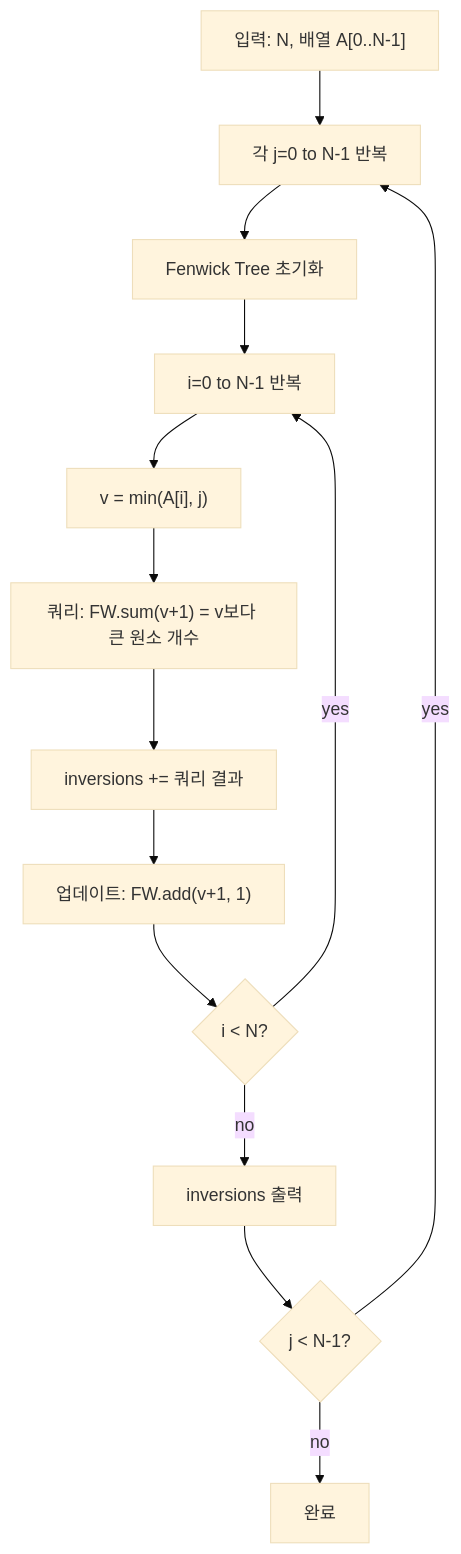
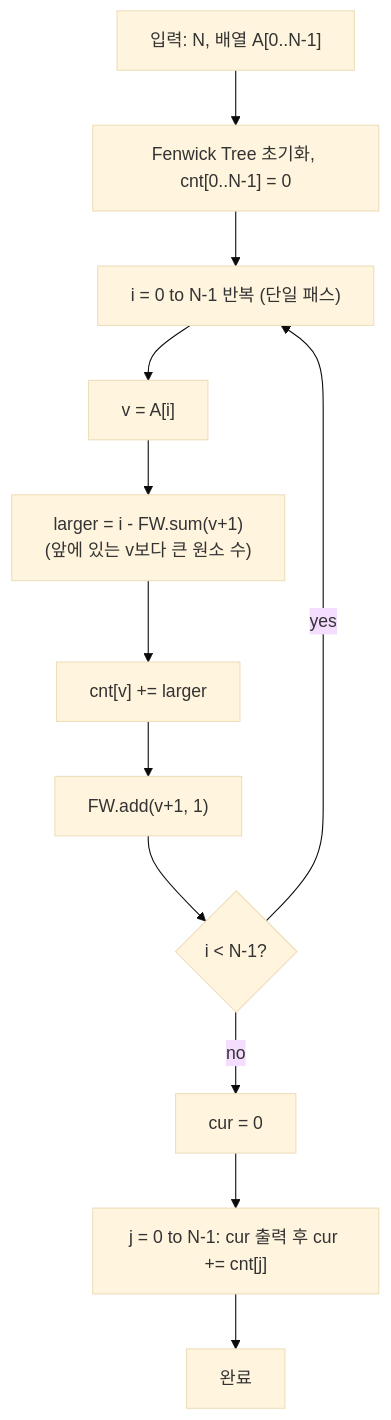
Before and after one commit to 42jerrykim/42jerrykim.github.io: the diagram in content/collection/Algorithm/2026/2026-01-05-BOJ-18874-haircut-fenwick-tree-inversion-cpp-solution/index.md, drawn with Mermaid (base theme). The commit also changed other lines of this file and 7 other files, not shown here.

````diff
--- a/content/collection/Algorithm/2026/2026-01-05-BOJ-18874-haircut-fenwick-tree-inversion-cpp-solution/index.md
+++ b/content/collection/Algorithm/2026/2026-01-05-BOJ-18874-haircut-fenwick-tree-inversion-cpp-solution/index.md
@@ -125,16 +126,14 @@
 ```mermaid
 flowchart TD
-    A["입력: N, 배열 A[0..N-1]"] --> B["각 j=0 to N-1 반복"]
-    B --> C["Fenwick Tree 초기화"]
-    C --> D["i=0 to N-1 반복"]
-    D --> E["v = min(A[i], j)"]
-    E --> F["쿼리: FW.sum(v+1) = v보다 큰 원소 개수"]
-    F --> G["inversions += 쿼리 결과"]
-    G --> H["업데이트: FW.add(v+1, 1)"]
-    H --> I{"i < N?"}
-    I -- "yes" --> D
-    I -- "no" --> J["inversions 출력"]
-    J --> K{"j < N-1?"}
-    K -- "yes" --> B
-    K -- "no" --> L["완료"]
+    A["입력: N, 배열 A[0..N-1]"] --> B["Fenwick Tree 초기화, cnt[0..N-1] = 0"]
+    B --> C["i = 0 to N-1 반복 (단일 패스)"]
+    C --> D["v = A[i]"]
+    D --> E["larger = i - FW.sum(v+1)</br>(앞에 있는 v보다 큰 원소 수)"]
+    E --> F["cnt[v] += larger"]
+    F --> G["FW.add(v+1, 1)"]
+    G --> H{"i < N-1?"}
+    H -- "yes" --> C
+    H -- "no" --> I["cur = 0"]
+    I --> J["j = 0 to N-1: cur 출력 후 cur += cnt[j]"]
+    J --> K["완료"]
 ```
````
